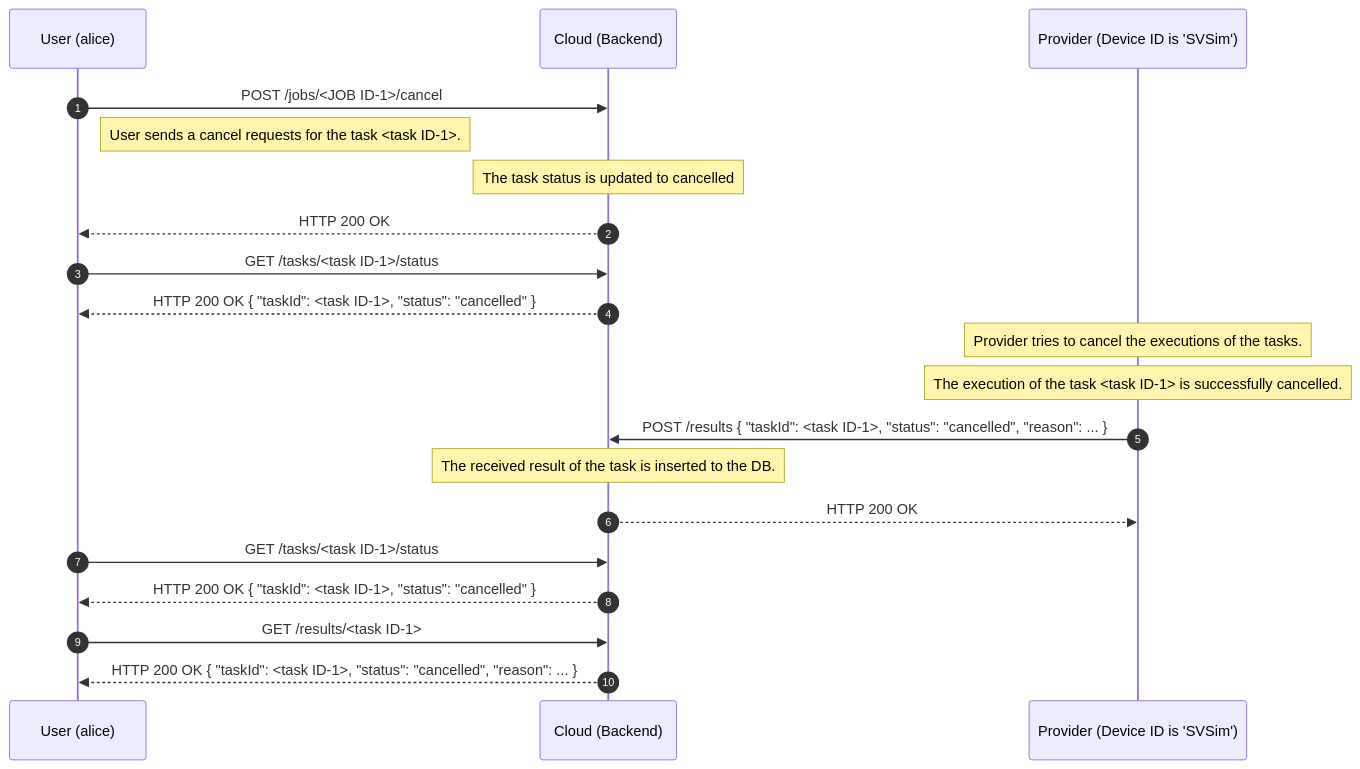
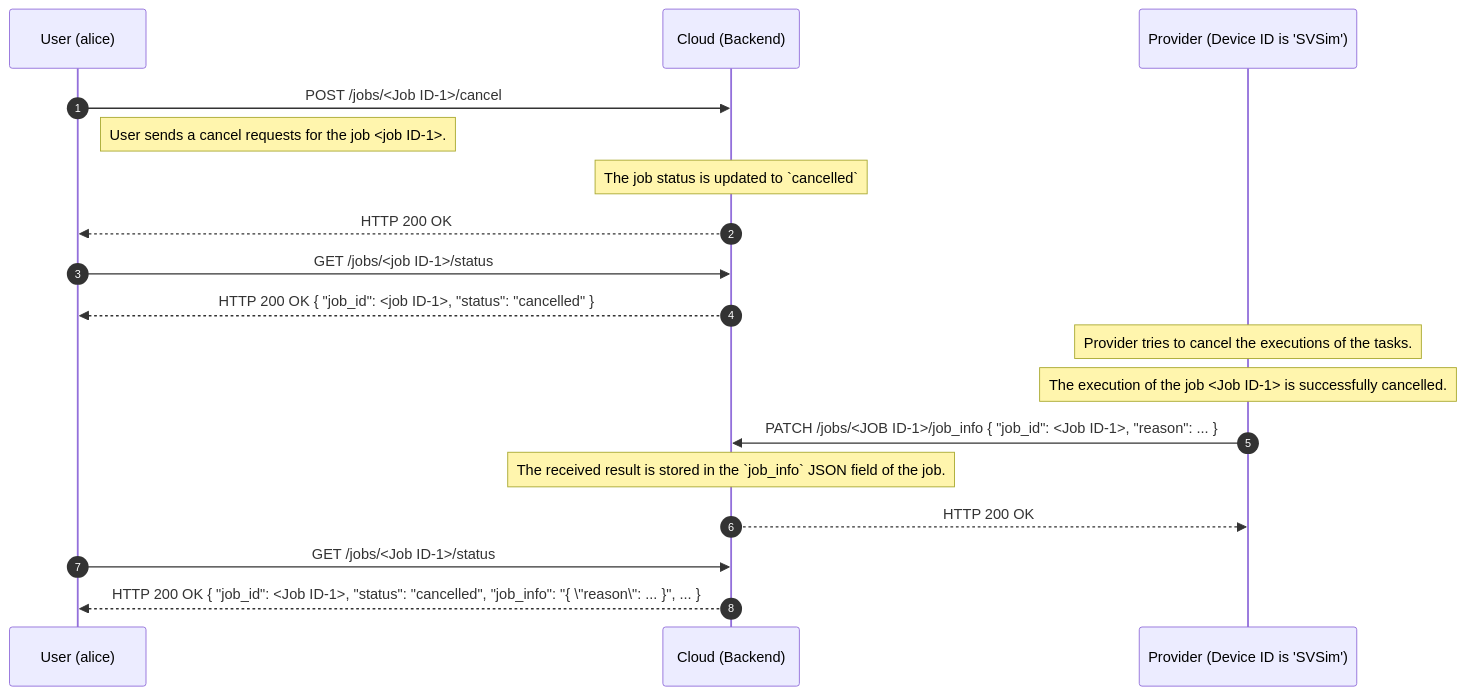
The third of 3 diagrams in docs/en/architecture/sequence_diagram.md (oqtopus-team/oqtopus-cloud), drawn with Mermaid before and after one commit. The commit also changed other lines of this file and 3 other files, not shown here.

````diff
--- a/docs/en/architecture/sequence_diagram.md
+++ b/docs/en/architecture/sequence_diagram.md
@@ -151,28 +147,25 @@
 ```mermaid
 sequenceDiagram
     autonumber
     participant User as User (alice)
     participant Cloud as Cloud (Backend)
     participant Provider as Provider (Device ID is 'SVSim')
 
-    User->>Cloud: POST /jobs/<JOB ID-1>/cancel
-    Note right of User: User sends a cancel requests for the task <task ID-1>.
-    Note over Cloud: The task status is updated to cancelled
+    User->>Cloud: POST /jobs/<Job ID-1>/cancel
+    Note right of User: User sends a cancel requests for the job <job ID-1>.
+    Note over Cloud: The job status is updated to `cancelled`
     Cloud-->>User: HTTP 200 OK
 
-    User->>Cloud: GET /tasks/<task ID-1>/status
-    Cloud-->>User: HTTP 200 OK { "taskId": <task ID-1>, "status": "cancelled" }
+    User->>Cloud: GET /jobs/<job ID-1>/status
+    Cloud-->>User: HTTP 200 OK { "job_id": <job ID-1>, "status": "cancelled" }
 
     Note over Provider: Provider tries to cancel the executions of the tasks.
-    Note over Provider: The execution of the task <task ID-1> is successfully cancelled.
-    Provider->>Cloud: POST /results { "taskId": <task ID-1>, "status": "cancelled", "reason": ... }
+    Note over Provider: The execution of the job  <Job ID-1> is successfully cancelled.
+    Provider->>Cloud: PATCH /jobs/<JOB ID-1>/job_info { "job_id": <Job ID-1>, "reason": ... }
 
-    Note over Cloud: The received result of the task is inserted to the DB.
+    Note over Cloud: The received result is stored in the `job_info` JSON field of the job.
     Cloud-->>Provider: HTTP 200 OK
 
-    User->>Cloud: GET /tasks/<task ID-1>/status
-    Cloud-->>User: HTTP 200 OK { "taskId": <task ID-1>, "status": "cancelled" }
-
-    User->>Cloud: GET /results/<task ID-1>
-    Cloud-->>User: HTTP 200 OK { "taskId": <task ID-1>, "status": "cancelled", "reason": ... }
+    User->>Cloud: GET /jobs/<Job ID-1>/status
+    Cloud-->>User: HTTP 200 OK { "job_id": <Job ID-1>, "status": "cancelled", "job_info": "{ \"reason\": ... }", ... }
 ```
````
